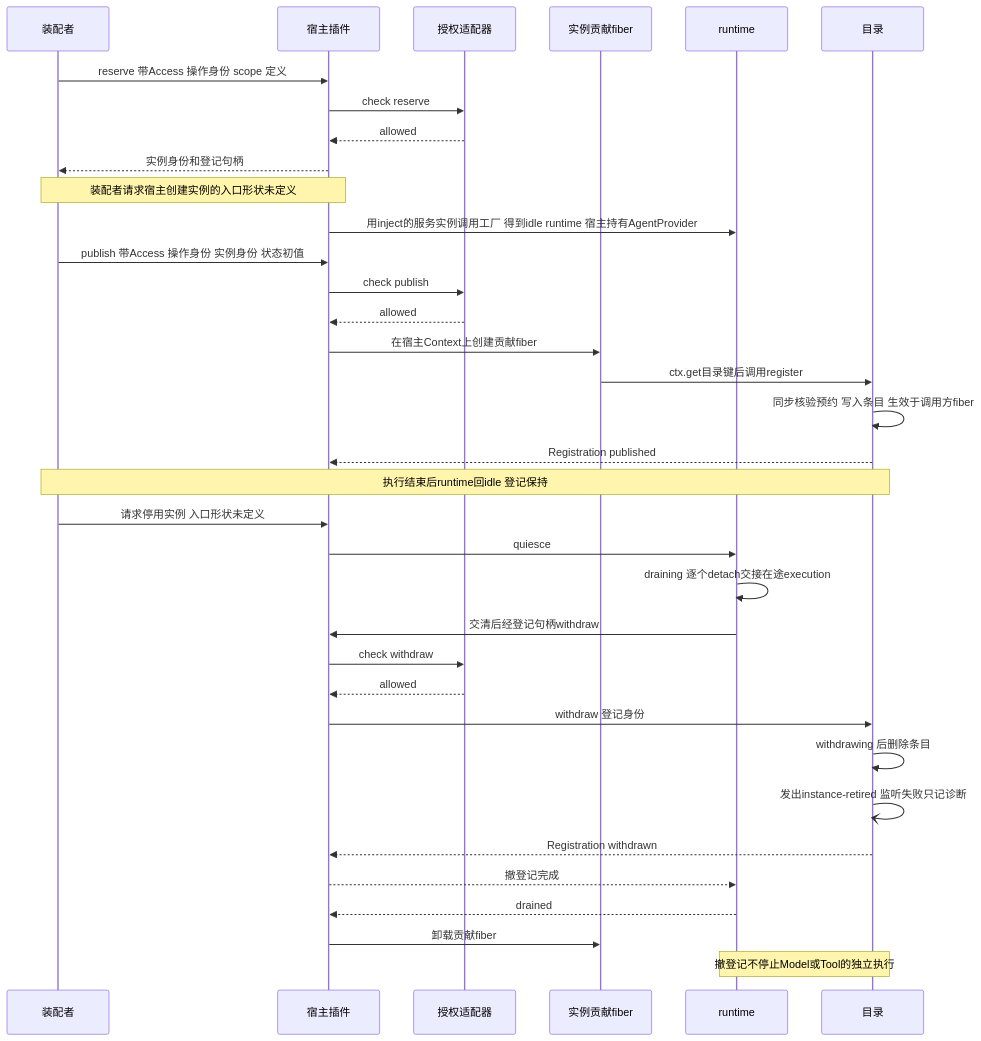
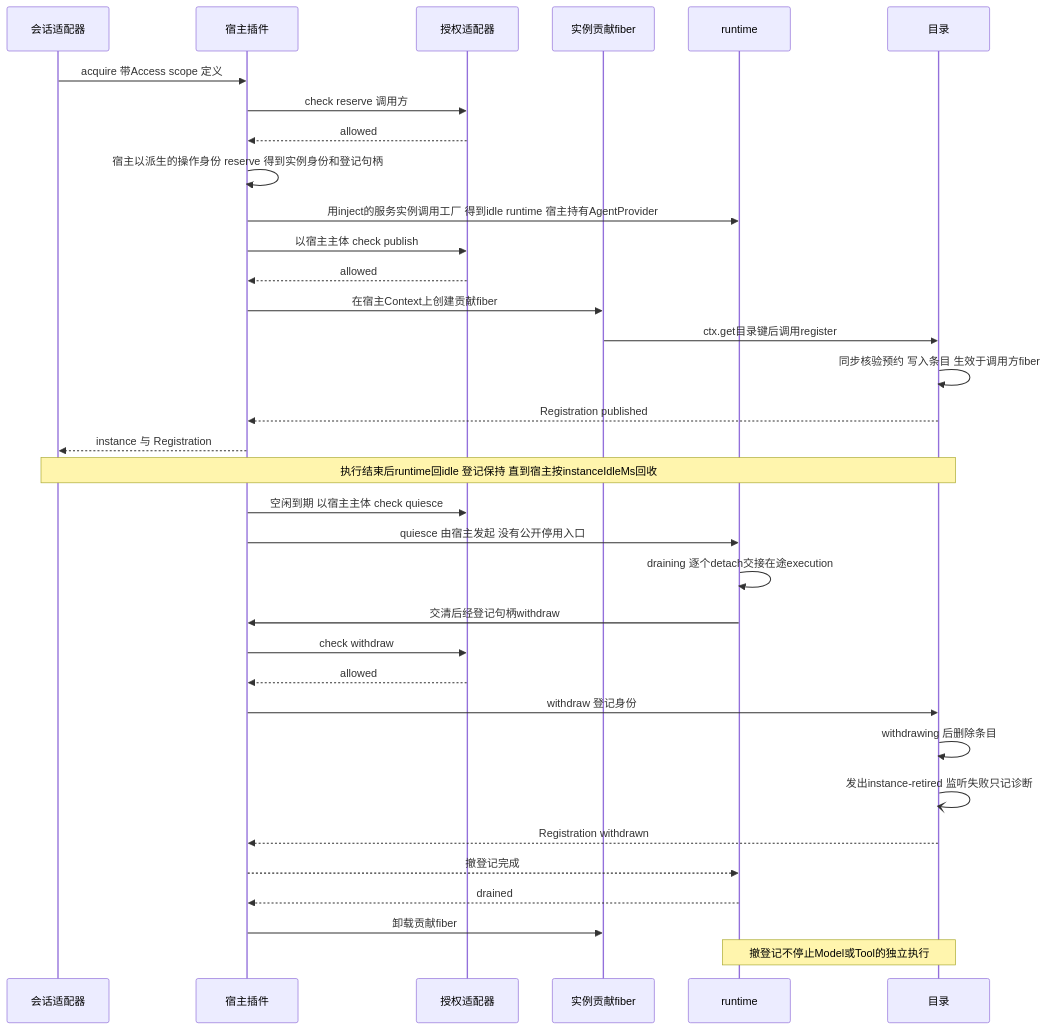
The second of 2 diagrams in packages/agent/agent-cordis-contract/docs/cordis.md (nemori-ai/omne-harness-lite), drawn with Mermaid before and after one commit. The commit also changed other lines of this file and 18 other files, not shown here.

````diff
--- a/packages/agent/agent-cordis-contract/docs/cordis.md
+++ b/packages/agent/agent-cordis-contract/docs/cordis.md
@@ -148,37 +149,36 @@
 ```mermaid
 sequenceDiagram
-    participant A as 装配者
+    participant A as 会话适配器
     participant H as 宿主插件
     participant C as 授权适配器
     participant F as 实例贡献fiber
     participant RT as runtime
     participant R as 目录
-    A->>H: reserve 带Access 操作身份 scope 定义
-    H->>C: check reserve
+    A->>H: acquire 带Access scope 定义
+    H->>C: check reserve 调用方
     C-->>H: allowed
-    H-->>A: 实例身份和登记句柄
-    Note over A,H: 装配者请求宿主创建实例的入口形状未定义
+    H->>H: 宿主以派生的操作身份 reserve 得到实例身份和登记句柄
     H->>RT: 用inject的服务实例调用工厂 得到idle runtime 宿主持有AgentProvider
-    A->>H: publish 带Access 操作身份 实例身份 状态初值
-    H->>C: check publish
+    H->>C: 以宿主主体 check publish
     C-->>H: allowed
     H->>F: 在宿主Context上创建贡献fiber
     F->>R: ctx.get目录键后调用register
     R->>R: 同步核验预约 写入条目 生效于调用方fiber
     R-->>H: Registration published
-    Note over A,R: 执行结束后runtime回idle 登记保持
-    A->>H: 请求停用实例 入口形状未定义
-    H->>RT: quiesce
+    H-->>A: instance 与 Registration
+    Note over A,R: 执行结束后runtime回idle 登记保持 直到宿主按instanceIdleMs回收
+    H->>C: 空闲到期 以宿主主体 check quiesce
+    H->>RT: quiesce 由宿主发起 没有公开停用入口
     RT->>RT: draining 逐个detach交接在途execution
     RT->>H: 交清后经登记句柄withdraw
     H->>C: check withdraw
     C-->>H: allowed
     H->>R: withdraw 登记身份
     R->>R: withdrawing 后删除条目
     R-)R: 发出instance-retired 监听失败只记诊断
     R-->>H: Registration withdrawn
     H-->>RT: 撤登记完成
     RT-->>H: drained
     H->>F: 卸载贡献fiber
     Note over RT,R: 撤登记不停止Model或Tool的独立执行
 ```
````
